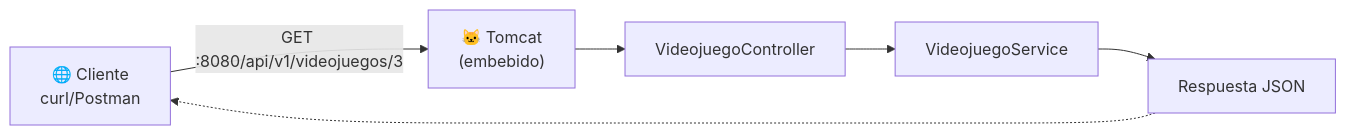
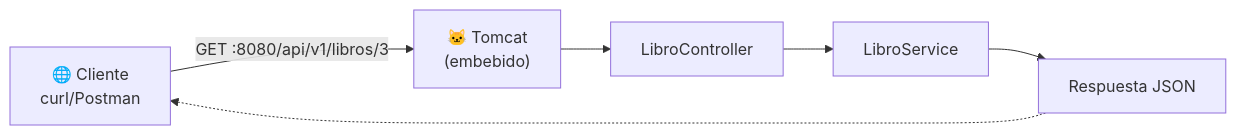
One commit to aitorventura/programacion-servicios-procesos changed the diagram in docs/tema1/protocolos-y-rest.md. Above: the diagram before and after it, drawn with Mermaid. The commit also changed other lines of this file and 18 other files, not shown here.

````diff
--- a/docs/tema1/protocolos-y-rest.md
+++ b/docs/tema1/protocolos-y-rest.md
@@ -151,8 +151,8 @@
 ```mermaid
 flowchart LR
-    A["🌐 Cliente<br/>curl/Postman"] -- "GET :8080/api/v1/videojuegos/3" --> B["🐱 Tomcat<br/>(embebido)"]
-    B --> C["VideojuegoController"]
-    C --> D["VideojuegoService"]
+    A["🌐 Cliente<br/>curl/Postman"] -- "GET :8080/api/v1/libros/3" --> B["🐱 Tomcat<br/>(embebido)"]
+    B --> C["LibroController"]
+    C --> D["LibroService"]
     D --> E["Respuesta JSON"]
     E -.-> A
 ```
````
